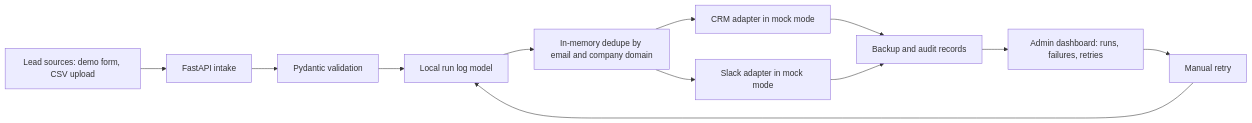
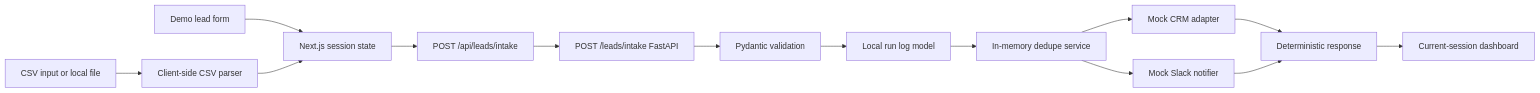
Before and after one commit to 0klochok/salesops-workflow-automation-hub: the first of 2 diagrams in DESIGN.md, drawn with Mermaid. The commit also changed other lines of this file and 48 other files, not shown here.

````diff
--- a/DESIGN.md
+++ b/DESIGN.md
@@ -71,14 +72,16 @@
 ```mermaid
 flowchart LR
-    A["Lead sources: demo form, CSV upload"] --> B["FastAPI intake"]
-    B --> C["Pydantic validation"]
-    C --> D["Local run log model"]
-    D --> E["In-memory dedupe by email and company domain"]
-    E --> F["CRM adapter in mock mode"]
-    E --> G["Slack adapter in mock mode"]
-    F --> H["Backup and audit records"]
-    G --> H
-    H --> I["Admin dashboard: runs, failures, retries"]
-    I --> J["Manual retry"]
-    J --> D
+    A["Demo lead form"] --> B["Next.js session state"]
+    C["CSV input or local file"] --> D["Client-side CSV parser"]
+    D --> B
+    B --> E["POST /api/leads/intake"]
+    E --> F["POST /leads/intake FastAPI"]
+    F --> G["Pydantic validation"]
+    G --> H["Local run log model"]
+    H --> I["In-memory dedupe service"]
+    I --> J["Mock CRM adapter"]
+    I --> K["Mock Slack notifier"]
+    J --> L["Deterministic response"]
+    K --> L
+L --> M["Current-session dashboard"]
 ```
````
